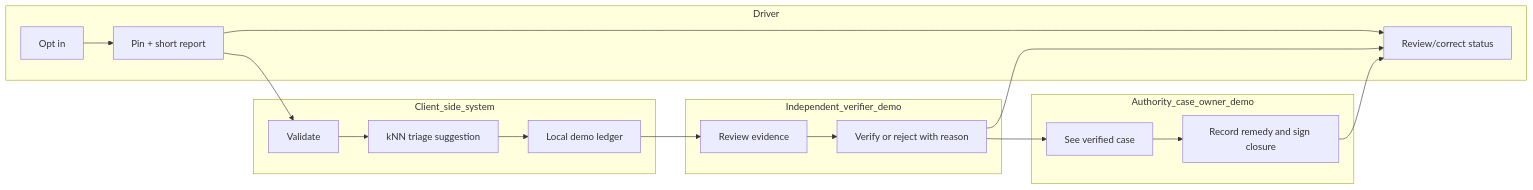
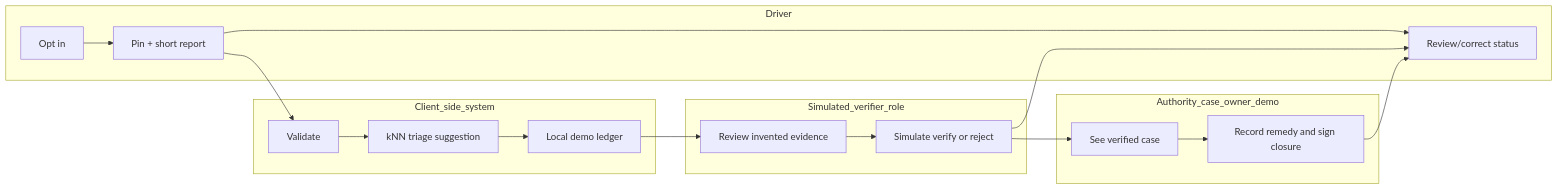
One commit to rodrigobuilds3-creator/ruta-clara-week7 changed the second of 2 diagrams in docs/PACKET.md. Above: the diagram before and after it, drawn with Mermaid. The commit also changed other lines of this file and 12 other files, not shown here.

````diff
--- a/docs/PACKET.md
+++ b/docs/PACKET.md
@@ -42,22 +42,22 @@
 ```mermaid
 flowchart LR
   subgraph Driver
     D1[Opt in] --> D2[Pin + short report]
     D2 --> D3[Review/correct status]
   end
   subgraph Client_side_system
     S1[Validate] --> S2[kNN triage suggestion]
     S2 --> S3[Local demo ledger]
   end
-  subgraph Independent_verifier_demo
-    V1[Review evidence] --> V2[Verify or reject with reason]
+  subgraph Simulated_verifier_role
+    V1[Review invented evidence] --> V2[Simulate verify or reject]
   end
   subgraph Authority_case_owner_demo
     A1[See verified case] --> A2[Record remedy and sign closure]
   end
   D2 --> S1
   S3 --> V1
   V2 --> A1
   V2 --> D3
   A2 --> D3
 ```
````
